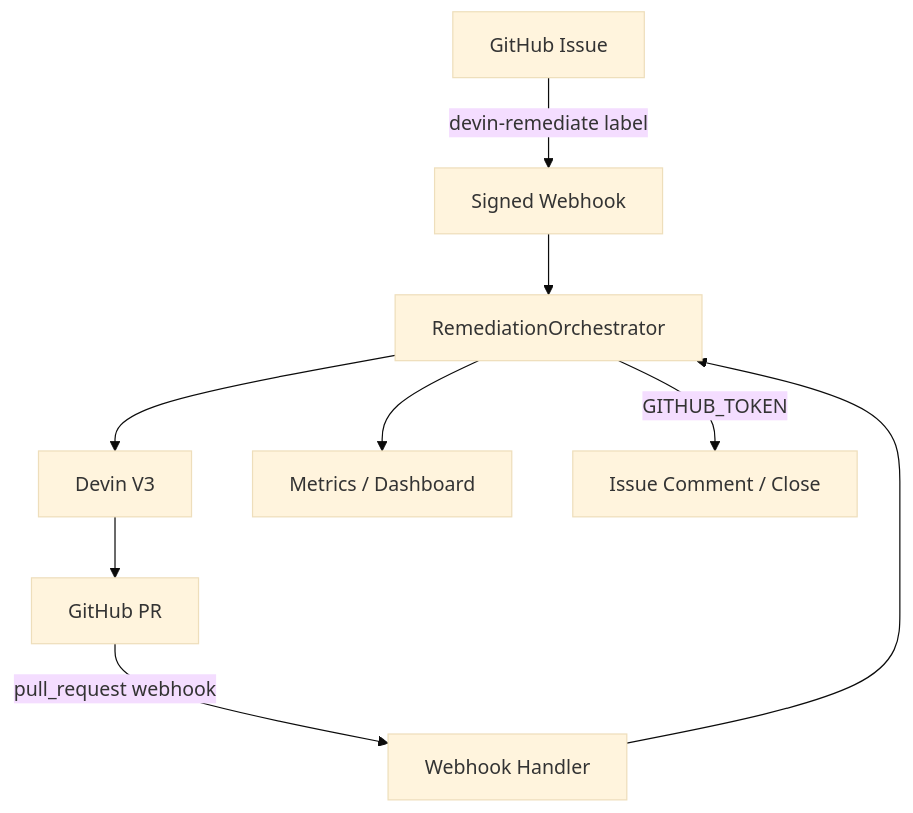
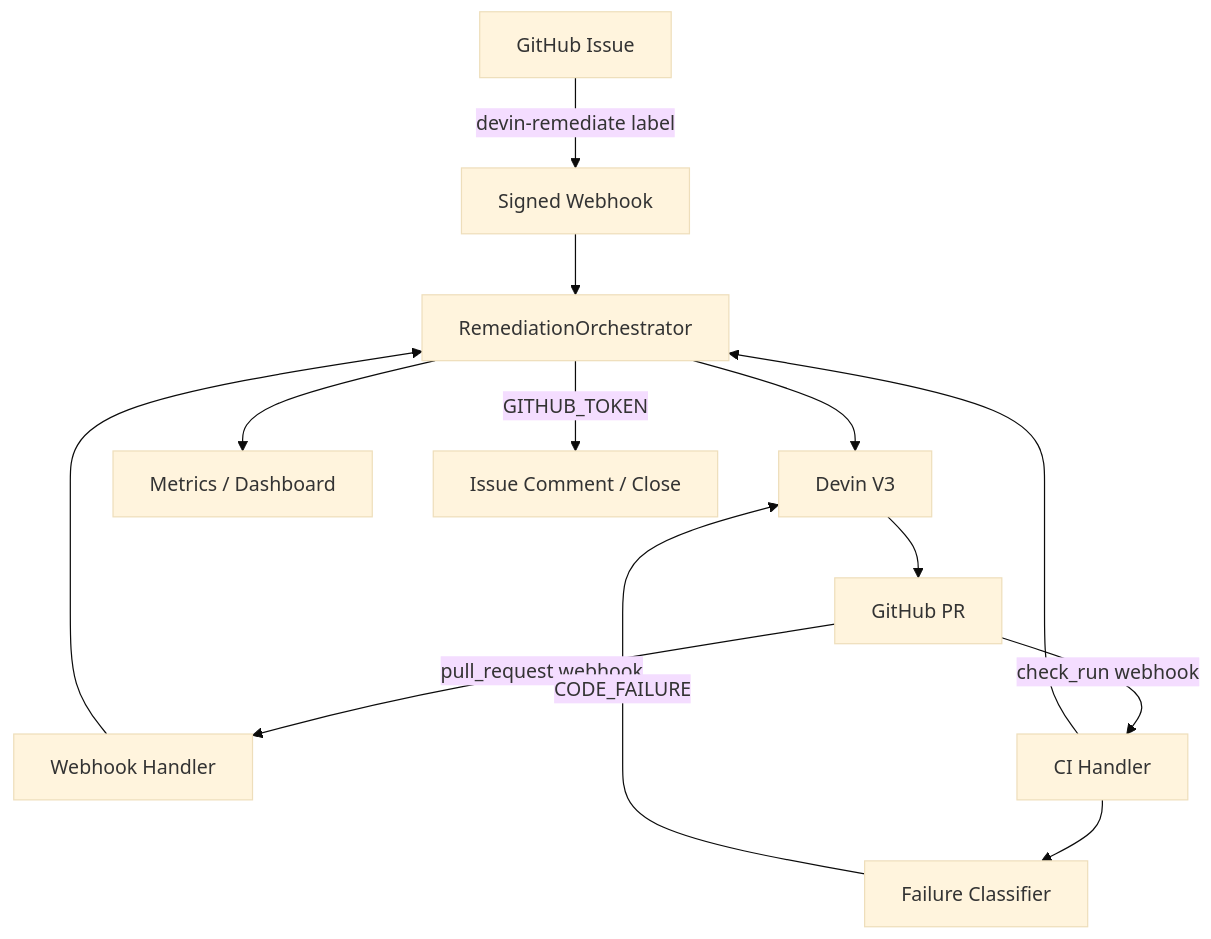
Before and after one commit to onefifteen-z/devin-remediation-orchestrator: the second of 6 diagrams in docs/architecture.md, drawn with Mermaid (base theme). The commit also changed other lines of this file and 31 other files, not shown here.

First line of the commit message:
feat: add CI failure intelligence and same-session Devin repair

````diff
--- a/docs/architecture.md
+++ b/docs/architecture.md
@@ -55,11 +55,15 @@
 ```mermaid
 flowchart TB
   Issue[GitHub Issue] -->|devin-remediate label| WH[Signed Webhook]
   WH --> ORCH[RemediationOrchestrator]
   ORCH --> Devin[Devin V3]
   Devin --> PR[GitHub PR]
   PR -->|pull_request webhook| WH2[Webhook Handler]
+  PR -->|check_run webhook| WH3[CI Handler]
+  WH3 --> Classifier[Failure Classifier]
+  Classifier -->|CODE_FAILURE| Devin
   WH2 --> ORCH
+  WH3 --> ORCH
   ORCH --> Metrics[Metrics / Dashboard]
   ORCH -->|GITHUB_TOKEN| IssueActions[Issue Comment / Close]
 ```
````
